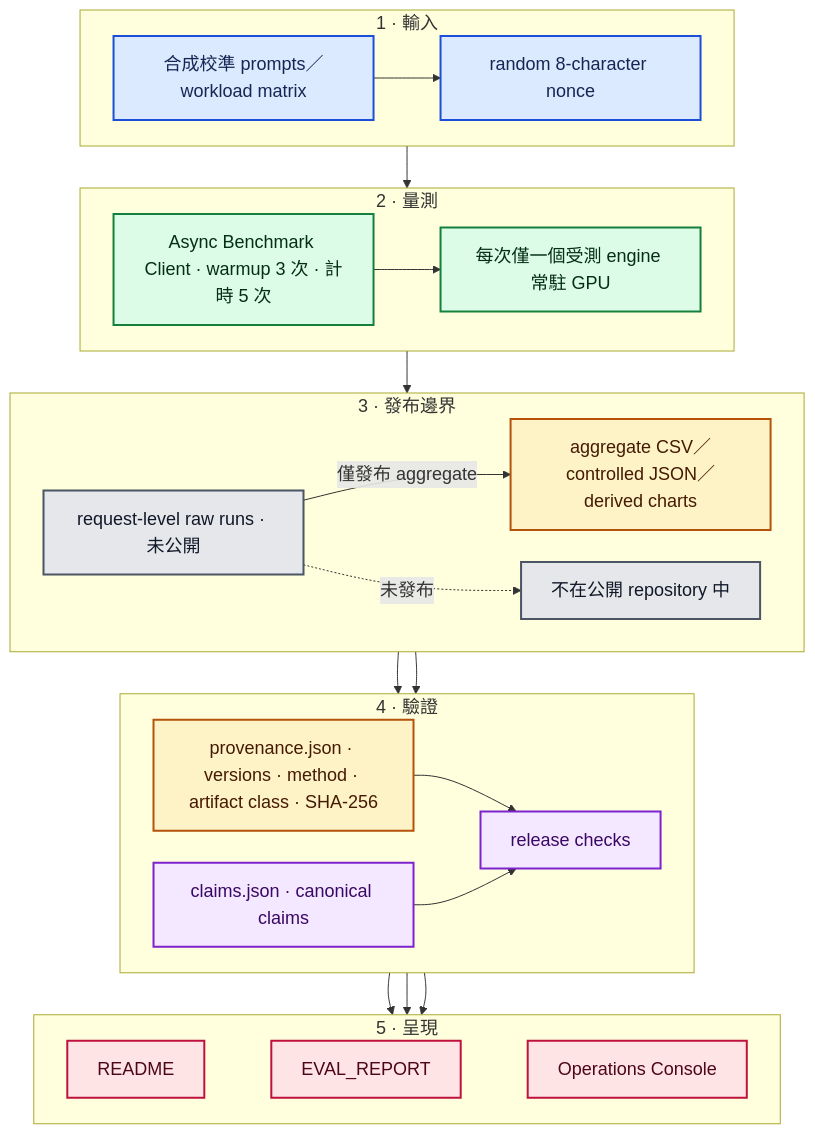
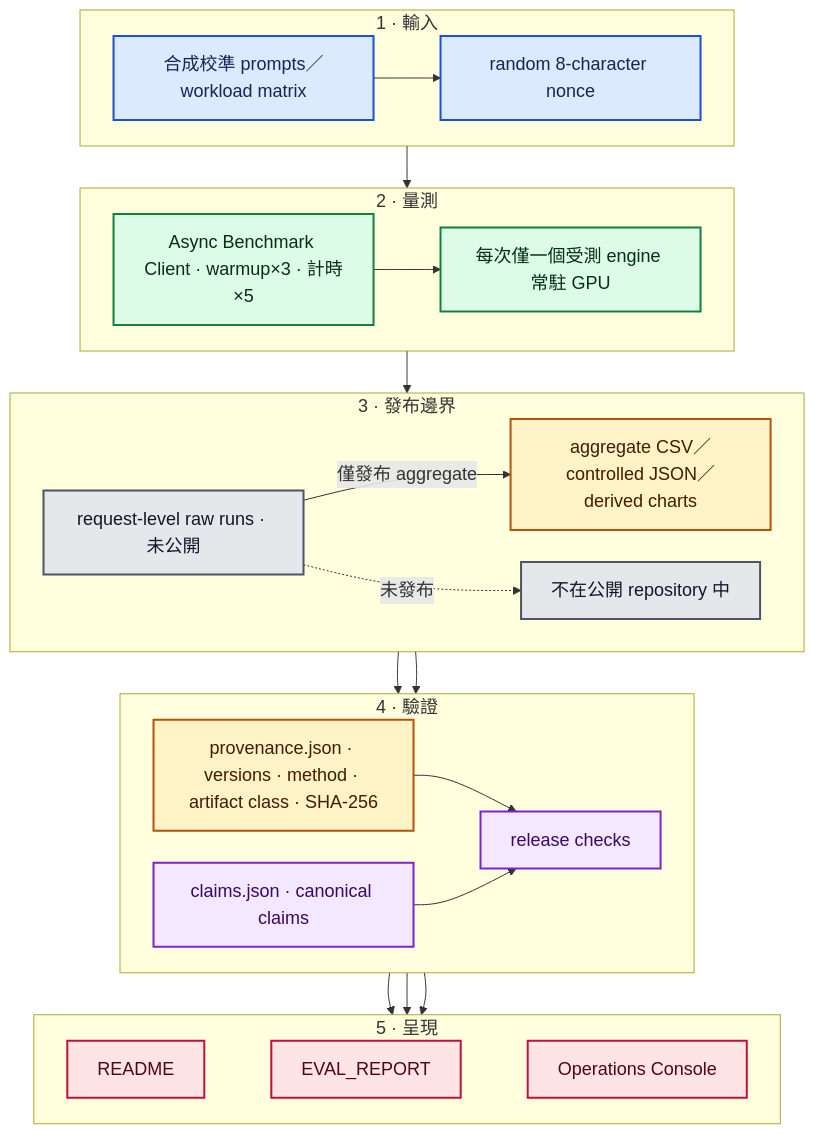
One commit to kuotunyu/local-inference-bench-gateway changed the third of 3 diagrams in README.md. Above: the diagram before and after it, drawn with Mermaid. The commit also changed other lines of this file and 1 other file, not shown here.

Commit message:
docs: refine zh-TW Mermaid layout

````diff
--- a/README.md
+++ b/README.md
@@ -114,64 +114,64 @@
 ```mermaid
 %%{init: {"themeVariables": {"fontSize": "18px"}, "flowchart": {"nodeSpacing": 32, "rankSpacing": 42}}}%%
 flowchart TB
     subgraph Inputs["1 · 輸入"]
         direction LR
         Workload["合成校準 prompts／workload matrix"]
         Nonce["random 8-character nonce"]
         Workload --> Nonce
     end
 
     subgraph Measurement["2 · 量測"]
         direction LR
-        Client["Async Benchmark Client · warmup 3 次 · 計時 5 次"]
+        Client["Async Benchmark Client · warmup×3 · 計時×5"]
         Resident["每次僅一個受測 engine 常駐 GPU"]
         Client --> Resident
     end
 
     subgraph Boundary["3 · 發布邊界"]
         direction LR
         Raw["request-level raw runs · 未公開"]
         Aggregate["aggregate CSV／controlled JSON／derived charts"]
         Private["不在公開 repository 中"]
         Raw -->|"僅發布 aggregate"| Aggregate
         Raw -. 未發布 .-> Private
     end
 
     subgraph Verification["4 · 驗證"]
         direction LR
         Provenance["provenance.json · versions · method · artifact class · SHA-256"]
         Claims["claims.json · canonical claims"]
         Checks["release checks"]
         Provenance --> Checks
         Claims --> Checks
     end
 
     subgraph Presentation["5 · 呈現"]
         direction LR
         Readme["README"]
         Eval["EVAL_REPORT"]
         Console["Operations Console"]
         Readme ~~~ Eval ~~~ Console
     end
 
     Nonce --> Client
     Resident --> Raw
     Aggregate --> Provenance
     Aggregate --> Claims
     Checks --> Readme
     Checks --> Eval
     Checks --> Console
 
     classDef input fill:#DBEAFE,stroke:#1D4ED8,stroke-width:2px,color:#172554;
     classDef measurement fill:#DCFCE7,stroke:#15803D,stroke-width:2px,color:#052E16;
     classDef artifact fill:#FEF3C7,stroke:#B45309,stroke-width:2px,color:#451A03;
     classDef verification fill:#F3E8FF,stroke:#7E22CE,stroke-width:2px,color:#3B0764;
     classDef presentation fill:#FFE4E6,stroke:#BE123C,stroke-width:2px,color:#4C0519;
     classDef unpublished fill:#E5E7EB,stroke:#4B5563,stroke-width:2px,color:#111827;
     class Workload,Nonce input;
     class Client,Resident measurement;
     class Raw,Private unpublished;
     class Aggregate,Provenance artifact;
     class Claims,Checks verification;
     class Readme,Eval,Console presentation;
 ```
````
